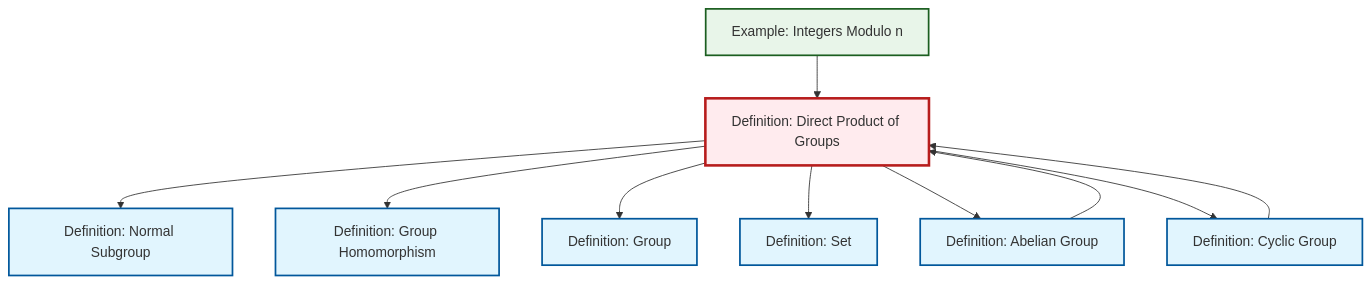
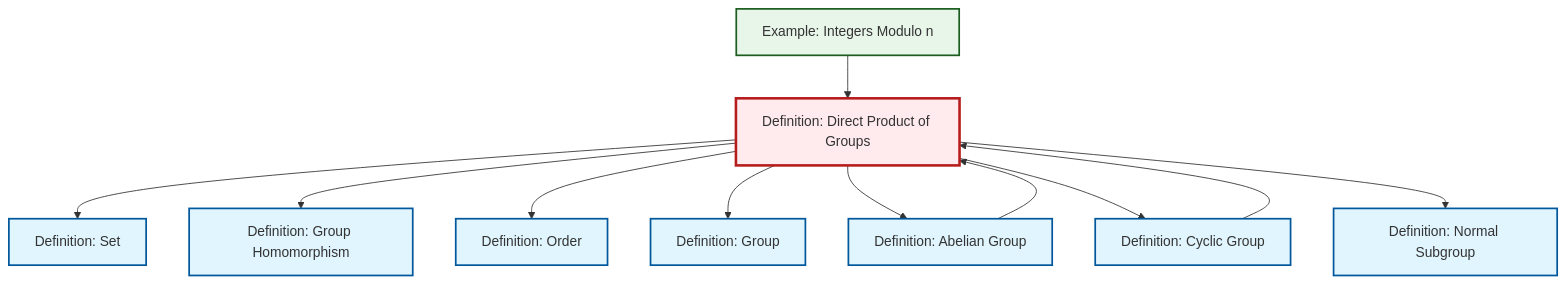
Before and after one commit to RK0429/ModernMath: the diagram in content/en/algebra/def-direct-product.qmd, drawn with Mermaid. The commit also changed other lines of this file and 581 other files, not shown here.

````diff
--- a/content/en/algebra/def-direct-product.qmd
+++ b/content/en/algebra/def-direct-product.qmd
@@ -103,34 +107,37 @@
 ```{mermaid}
 %%| fig-cap: "Local dependency graph"
 graph TD
     classDef definition fill:#e1f5fe,stroke:#01579b,stroke-width:2px
     classDef theorem fill:#f3e5f5,stroke:#4a148c,stroke-width:2px
     classDef axiom fill:#fff3e0,stroke:#e65100,stroke-width:2px
     classDef example fill:#e8f5e9,stroke:#1b5e20,stroke-width:2px
     classDef current fill:#ffebee,stroke:#b71c1c,stroke-width:3px
+    ex-quotient-integers-mod-n["Example: Integers Modulo n"]:::example
+    def-order["Definition: Order"]:::definition
+    def-abelian-group["Definition: Abelian Group"]:::definition
+    def-cyclic-group["Definition: Cyclic Group"]:::definition
+    def-set["Definition: Set"]:::definition
+    def-group["Definition: Group"]:::definition
+    def-homomorphism["Definition: Group Homomorphism"]:::definition
+    def-normal-subgroup["Definition: Normal Subgroup"]:::definition
     def-direct-product["Definition: Direct Product of Groups"]:::definition
-    def-abelian-group["Definition: Abelian Group"]:::definition
-    ex-quotient-integers-mod-n["Example: Integers Modulo n"]:::example
-    def-cyclic-group["Definition: Cyclic Group"]:::definition
-    def-group["Definition: Group"]:::definition
-    def-set["Definition: Set"]:::definition
-    def-normal-subgroup["Definition: Normal Subgroup"]:::definition
-    def-homomorphism["Definition: Group Homomorphism"]:::definition
+    ex-quotient-integers-mod-n --> def-direct-product
+    def-cyclic-group --> def-direct-product
+    def-direct-product --> def-set
+    def-direct-product --> def-homomorphism
+    def-direct-product --> def-order
+    def-direct-product --> def-group
+    def-direct-product --> def-abelian-group
+    def-direct-product --> def-cyclic-group
     def-direct-product --> def-normal-subgroup
-    def-direct-product --> def-homomorphism
-    ex-quotient-integers-mod-n --> def-direct-product
-    def-direct-product --> def-group
-    def-direct-product --> def-set
-    def-direct-product --> def-abelian-group
     def-abelian-group --> def-direct-product
-    def-direct-product --> def-cyclic-group
-    def-cyclic-group --> def-direct-product
     class def-direct-product current
+    click ex-quotient-integers-mod-n "ex-quotient-integers-mod-n.html" "Go to Integers Modulo n example"
+    click def-order "def-order.html" "Go to Order definition"
     click def-abelian-group "def-abelian-group.html" "Go to Abelian Group definition"
-    click ex-quotient-integers-mod-n "ex-quotient-integers-mod-n.html" "Go to Integers Modulo n example"
     click def-cyclic-group "def-cyclic-group.html" "Go to Cyclic Group definition"
+    click def-set "def-set.html" "Go to Set definition"
     click def-group "def-group.html" "Go to Group definition"
-    click def-set "def-set.html" "Go to Set definition"
+    click def-homomorphism "def-homomorphism.html" "Go to Group Homomorphism definition"
     click def-normal-subgroup "def-normal-subgroup.html" "Go to Normal Subgroup definition"
-    click def-homomorphism "def-homomorphism.html" "Go to Group Homomorphism definition"
 ```
````
